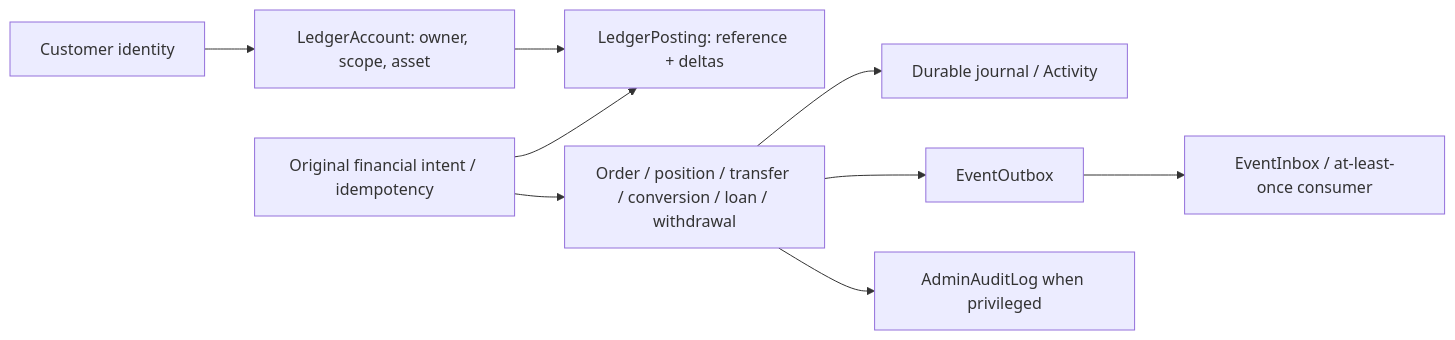
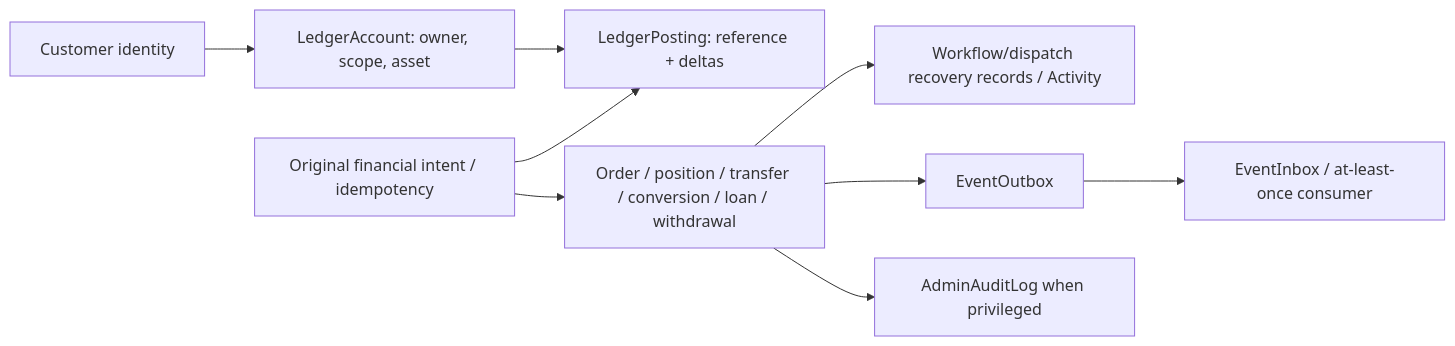
One commit to Mellonelay/Nexi changed the seventh of 11 diagrams in docs/architecture/NEXI_SYSTEM_ARCHITECTURE.md. Above: the diagram before and after it, drawn with Mermaid. The commit also changed other lines of this file and 6 other files, not shown here.

Commit message:
docs(nexi): reconcile product authority and source-backed architecture

````diff
--- a/docs/architecture/NEXI_SYSTEM_ARCHITECTURE.md
+++ b/docs/architecture/NEXI_SYSTEM_ARCHITECTURE.md
@@ -219,11 +265,11 @@
 ```mermaid
 flowchart LR
   User["Customer identity"] --> Account["LedgerAccount: owner, scope, asset"]
   Account --> Posting["LedgerPosting: reference + deltas"]
   Command["Original financial intent / idempotency"] --> Posting
   Command --> Domain["Order / position / transfer / conversion / loan / withdrawal"]
-  Domain --> Journal["Durable journal / Activity"]
+  Domain --> Journal["Workflow/dispatch recovery records / Activity"]
   Domain --> Outbox["EventOutbox"]
   Outbox --> Inbox["EventInbox / at-least-once consumer"]
   Domain --> Audit["AdminAuditLog when privileged"]
 ```
````
